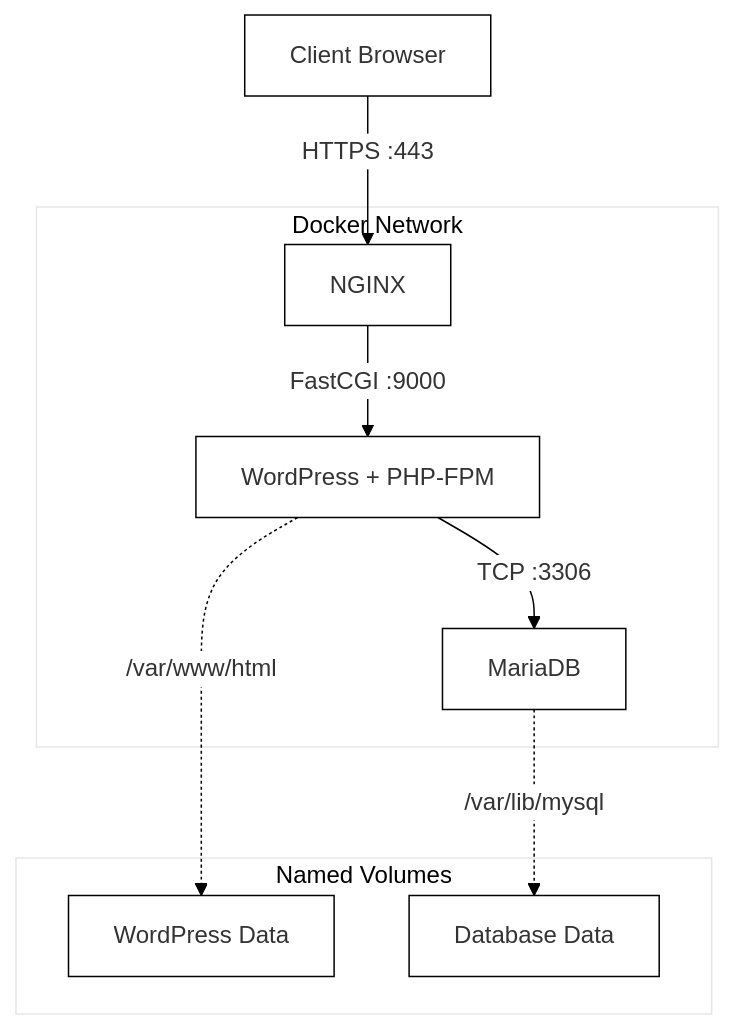
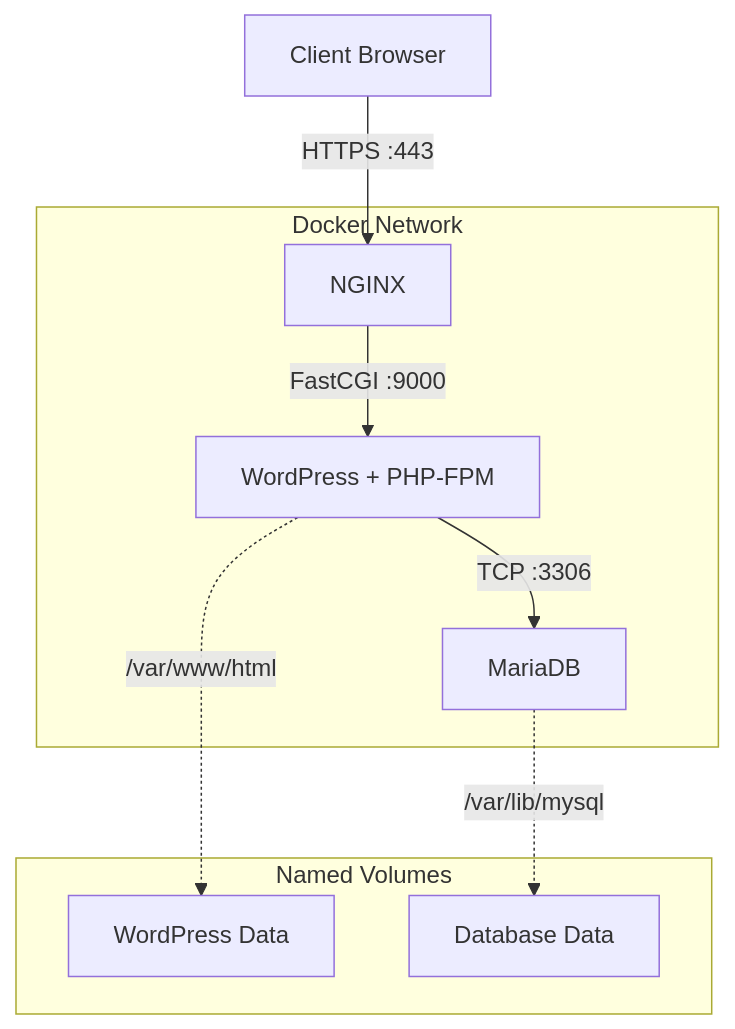
One commit to pmachado364/Inception changed the diagram in README.md. Above: the diagram before and after it, drawn with Mermaid. The commit also changed other lines of this file and 8 other files, not shown here.

````diff
--- a/README.md
+++ b/README.md
@@ -55,23 +56,23 @@
 ```mermaid
 %%{init: {'theme':'base', 'themeVariables': {
   'primaryColor': '#ffffff',
   'primaryBorderColor': '#000000',
   'lineColor': '#000000',
-  'secondaryColor': '#ffffff',
+  'secondaryColor': '#ffffff',pmachado
   'tertiaryColor': '#ffffff'
 }}}%%
 graph TD
 
 Client["Client Browser"] -->|HTTPS :443| NGINX["NGINX"]
 
 subgraph "Docker Network"
 NGINX -->|FastCGI :9000| WP["WordPress + PHP-FPM"]
 WP -->|TCP :3306| DB["MariaDB"]
 end
 
 subgraph "Named Volumes"
 WP -.->|/var/www/html| VolWP["WordPress Data"]
 DB -.->|/var/lib/mysql| VolDB["Database Data"]
 end
 
 ```
````
